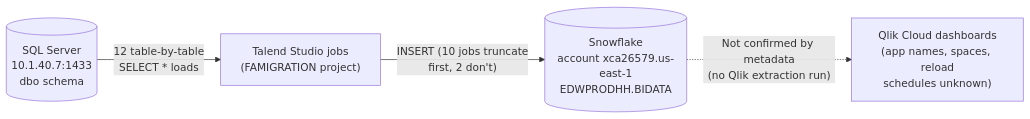
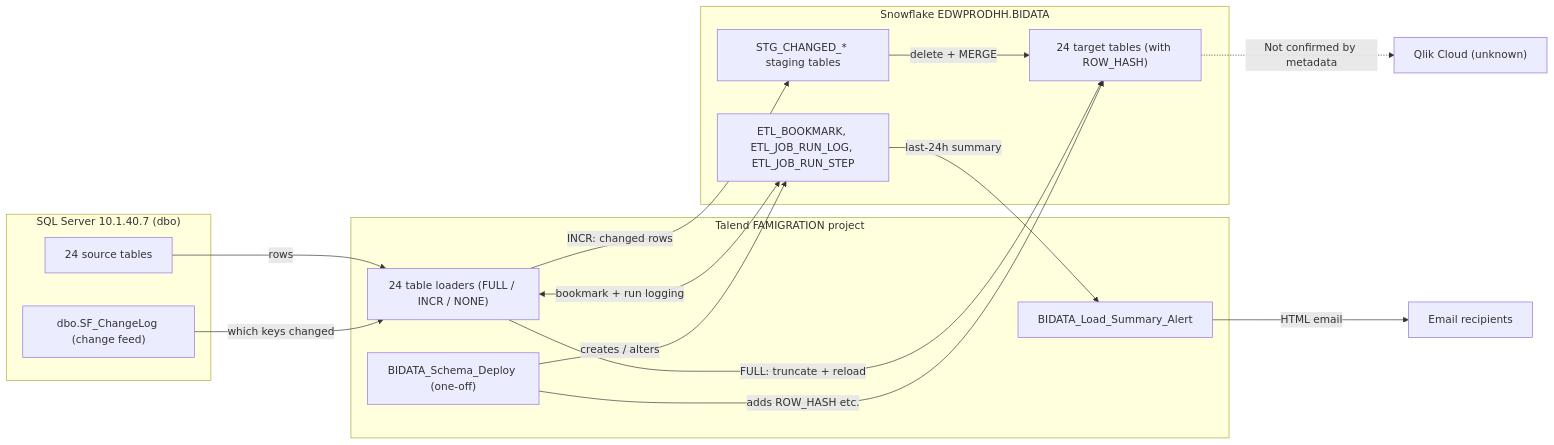
Before and after one commit to jasonchang2018/hh-compendium: the diagram in applications/talend/famigration/drafts/01_system_architecture.md, drawn with Mermaid. The commit also changed other lines of this file and 40 other files, not shown here.

First line of the commit message:
docs: update FAMIGRATION docs for BIDATA incremental load changes

````diff
--- a/applications/talend/famigration/drafts/01_system_architecture.md
+++ b/applications/talend/famigration/drafts/01_system_architecture.md
@@ -21,6 +26,28 @@
 ```mermaid
 flowchart LR
-    SQLServer[("SQL Server\n10.1.40.7:1433\ndbo schema")] -->|"12 table-by-table\nSELECT * loads"| Talend["Talend Studio jobs\n(FAMIGRATION project)"]
-    Talend -->|"INSERT (10 jobs truncate\nfirst, 2 don't)"| Snowflake[("Snowflake\naccount xca26579.us-east-1\nEDWPRODHH.BIDATA")]
-    Snowflake -.->|"Not confirmed by metadata\n(no Qlik extraction run)"| Qlik["Qlik Cloud dashboards\n(app names, spaces, reload\nschedules unknown)"]
+    subgraph SRC["SQL Server 10.1.40.7 (dbo)"]
+        SrcTables["24 source tables"]
+        ChangeLog["dbo.SF_ChangeLog (change feed)"]
+    end
+    subgraph TAL["Talend FAMIGRATION project"]
+        Loaders["24 table loaders (FULL / INCR / NONE)"]
+        Deploy["BIDATA_Schema_Deploy (one-off)"]
+        Alert["BIDATA_Load_Summary_Alert"]
+    end
+    subgraph SF["Snowflake EDWPRODHH.BIDATA"]
+        Targets["24 target tables (with ROW_HASH)"]
+        Staging["STG_CHANGED_* staging tables"]
+        Control["ETL_BOOKMARK, ETL_JOB_RUN_LOG, ETL_JOB_RUN_STEP"]
+    end
+    SrcTables -->|"rows"| Loaders
+    ChangeLog -->|"which keys changed"| Loaders
+    Loaders -->|"FULL: truncate + reload"| Targets
+    Loaders -->|"INCR: changed rows"| Staging
+    Staging -->|"delete + MERGE"| Targets
+    Loaders <-->|"bookmark + run logging"| Control
+    Deploy -->|"creates / alters"| Control
+    Deploy -->|"adds ROW_HASH etc."| Targets
+    Control -->|"last-24h summary"| Alert
+    Alert -->|"HTML email"| Mail["Email recipients"]
+    Targets -.->|"Not confirmed by metadata"| Qlik["Qlik Cloud (unknown)"]
 ```
````
